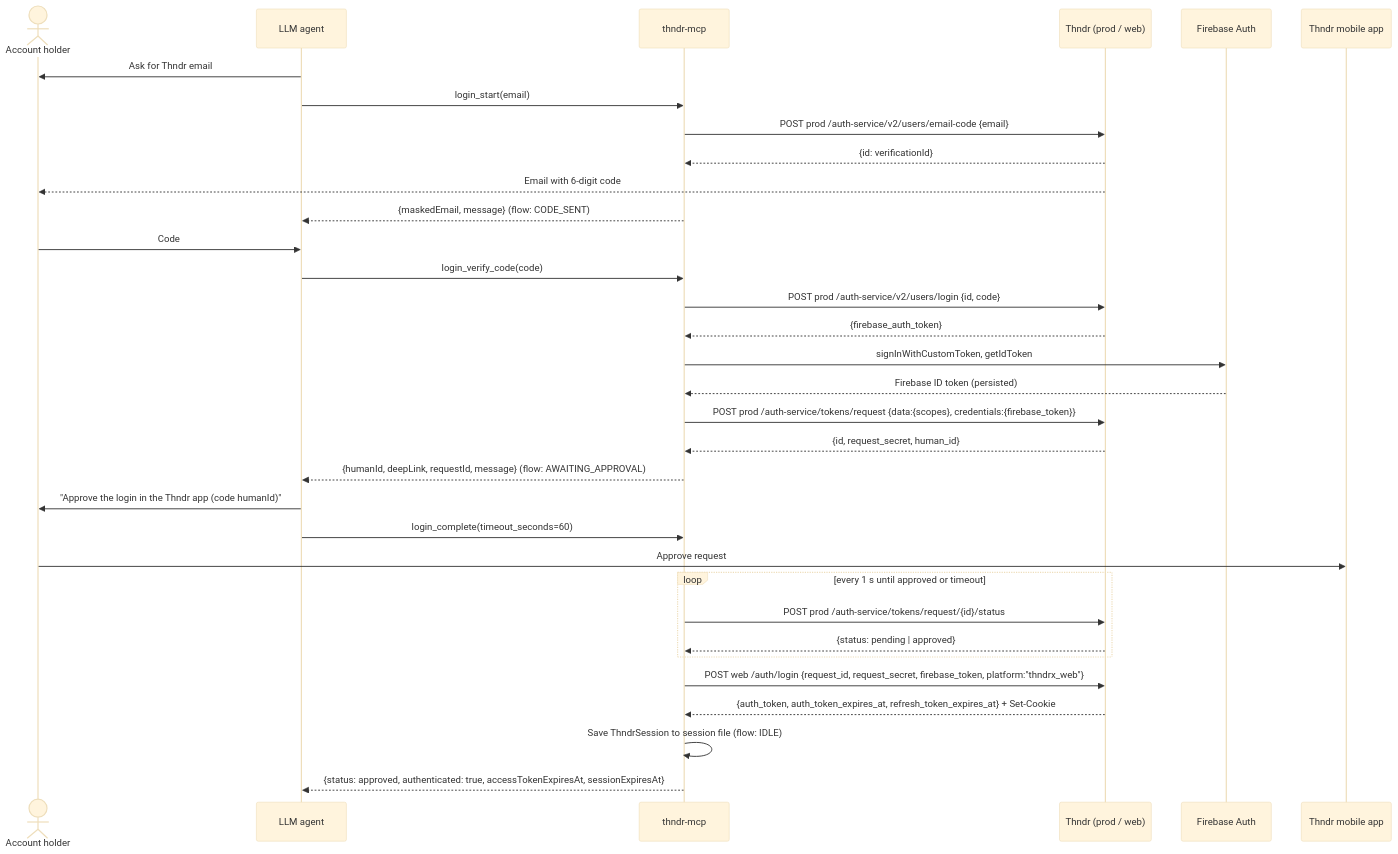
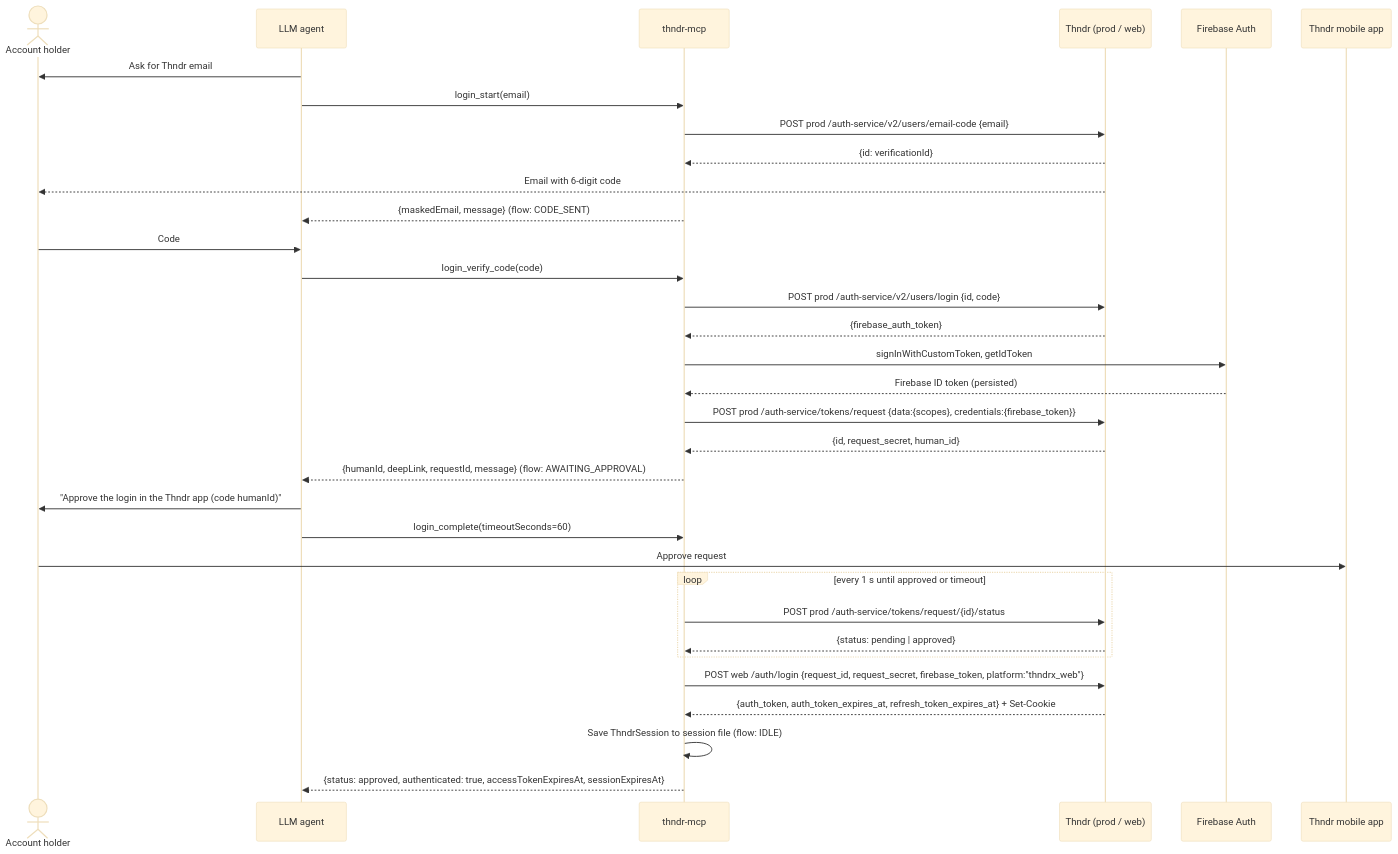
Before and after one commit to armaaar/thndr-mcp: the diagram in docs/use-cases/identity-and-access.md, drawn with Mermaid (base theme). The commit also changed other lines of this file and 27 other files, not shown here.

````diff
--- a/docs/use-cases/identity-and-access.md
+++ b/docs/use-cases/identity-and-access.md
@@ -36,38 +37,38 @@
 ```mermaid
 sequenceDiagram
     actor U as Account holder
     participant A as LLM agent
     participant S as thndr-mcp
     participant T as Thndr (prod / web)
     participant F as Firebase Auth
     participant P as Thndr mobile app
 
     A->>U: Ask for Thndr email
     A->>S: login_start(email)
     S->>T: POST prod /auth-service/v2/users/email-code {email}
     T-->>S: {id: verificationId}
     T-->>U: Email with 6-digit code
     S-->>A: {maskedEmail, message}  (flow: CODE_SENT)
 
     U->>A: Code
     A->>S: login_verify_code(code)
     S->>T: POST prod /auth-service/v2/users/login {id, code}
     T-->>S: {firebase_auth_token}
     S->>F: signInWithCustomToken, getIdToken
     F-->>S: Firebase ID token (persisted)
     S->>T: POST prod /auth-service/tokens/request {data:{scopes}, credentials:{firebase_token}}
     T-->>S: {id, request_secret, human_id}
     S-->>A: {humanId, deepLink, requestId, message}  (flow: AWAITING_APPROVAL)
     A->>U: "Approve the login in the Thndr app (code humanId)"
 
-    A->>S: login_complete(timeout_seconds=60)
+    A->>S: login_complete(timeoutSeconds=60)
     U->>P: Approve request
     loop every 1 s until approved or timeout
         S->>T: POST prod /auth-service/tokens/request/{id}/status
         T-->>S: {status: pending | approved}
     end
     S->>T: POST web /auth/login {request_id, request_secret, firebase_token, platform:"thndrx_web"}
     T-->>S: {auth_token, auth_token_expires_at, refresh_token_expires_at} + Set-Cookie
     S->>S: Save ThndrSession to session file (flow: IDLE)
     S-->>A: {status: approved, authenticated: true, accessTokenExpiresAt, sessionExpiresAt}
 ```
````
